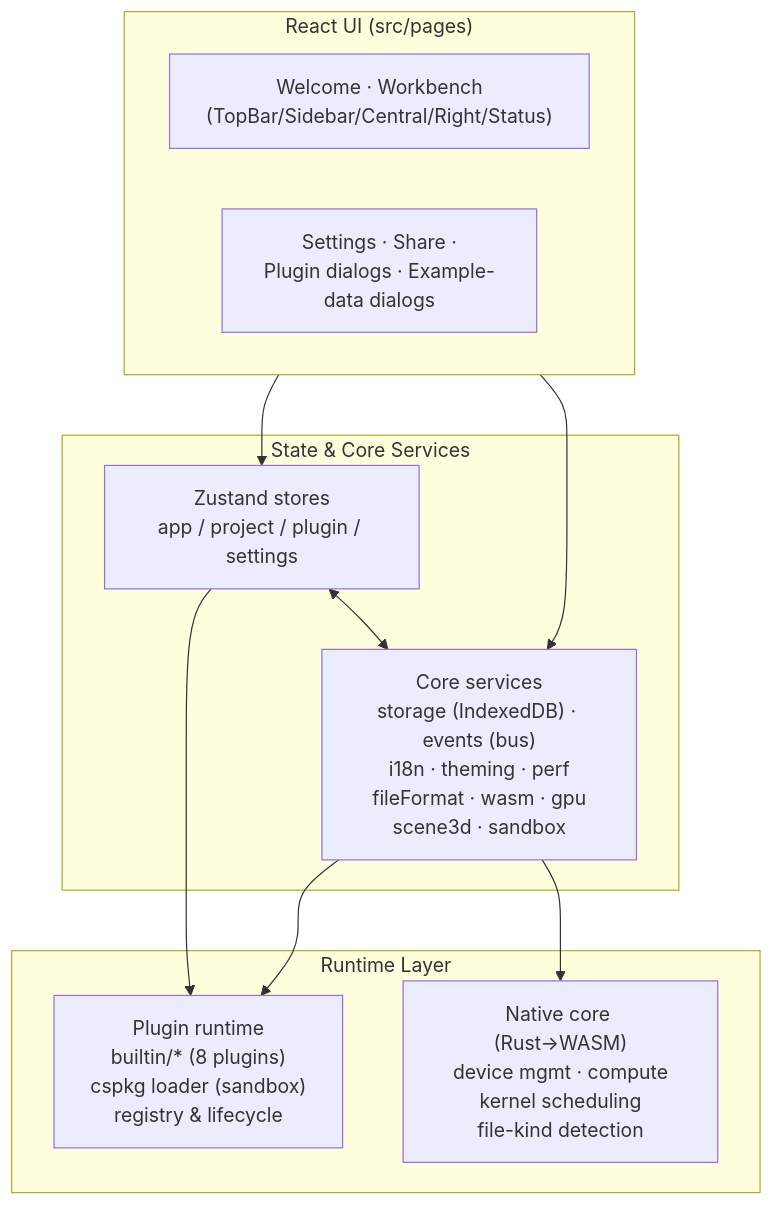
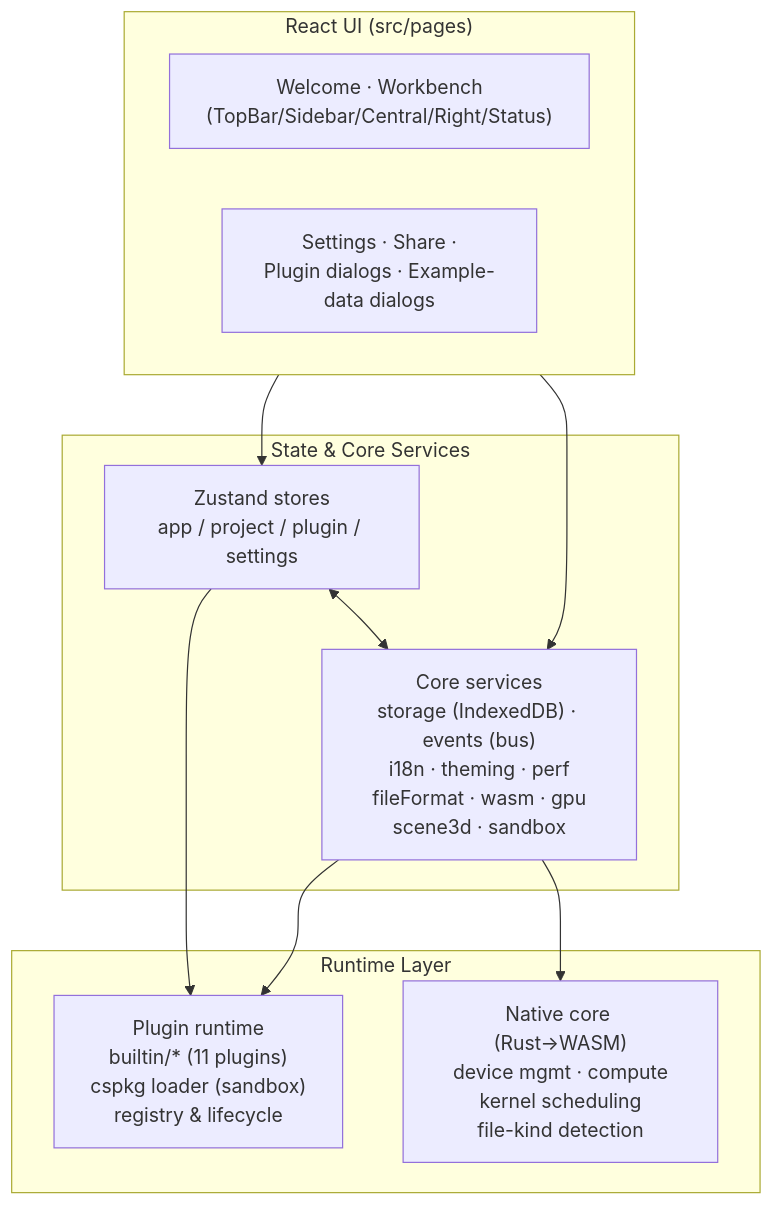
One commit to SnowLeopard-io/ErgalicsStudio changed the diagram in README.md. Above: the diagram before and after it, drawn with Mermaid. The commit also changed other lines of this file and 33 other files, not shown here.

````diff
--- a/README.md
+++ b/README.md
@@ -107,24 +107,24 @@
 ```mermaid
 flowchart TB
     subgraph UI["React UI (src/pages)"]
         A1["Welcome · Workbench<br/>(TopBar/Sidebar/Central/Right/Status)"]
         A2["Settings · Share ·<br/>Plugin dialogs · Example-data dialogs"]
     end
 
     subgraph State["State & Core Services"]
         B1["Zustand stores<br/>app / project / plugin / settings"]
         B2["Core services<br/>storage (IndexedDB) · events (bus)<br/>i18n · theming · perf<br/>fileFormat · wasm · gpu<br/>scene3d · sandbox"]
     end
 
     subgraph Runtime["Runtime Layer"]
-        C1["Plugin runtime<br/>builtin/* (8 plugins)<br/>cspkg loader (sandbox)<br/>registry & lifecycle"]
+        C1["Plugin runtime<br/>builtin/* (11 plugins)<br/>cspkg loader (sandbox)<br/>registry & lifecycle"]
         C2["Native core (Rust→WASM)<br/>device mgmt · compute<br/>kernel scheduling<br/>file-kind detection"]
     end
 
     UI --> B1
     UI --> B2
     B1 <--> B2
     B1 --> C1
     B2 --> C1
     B2 --> C2
 ```
````
